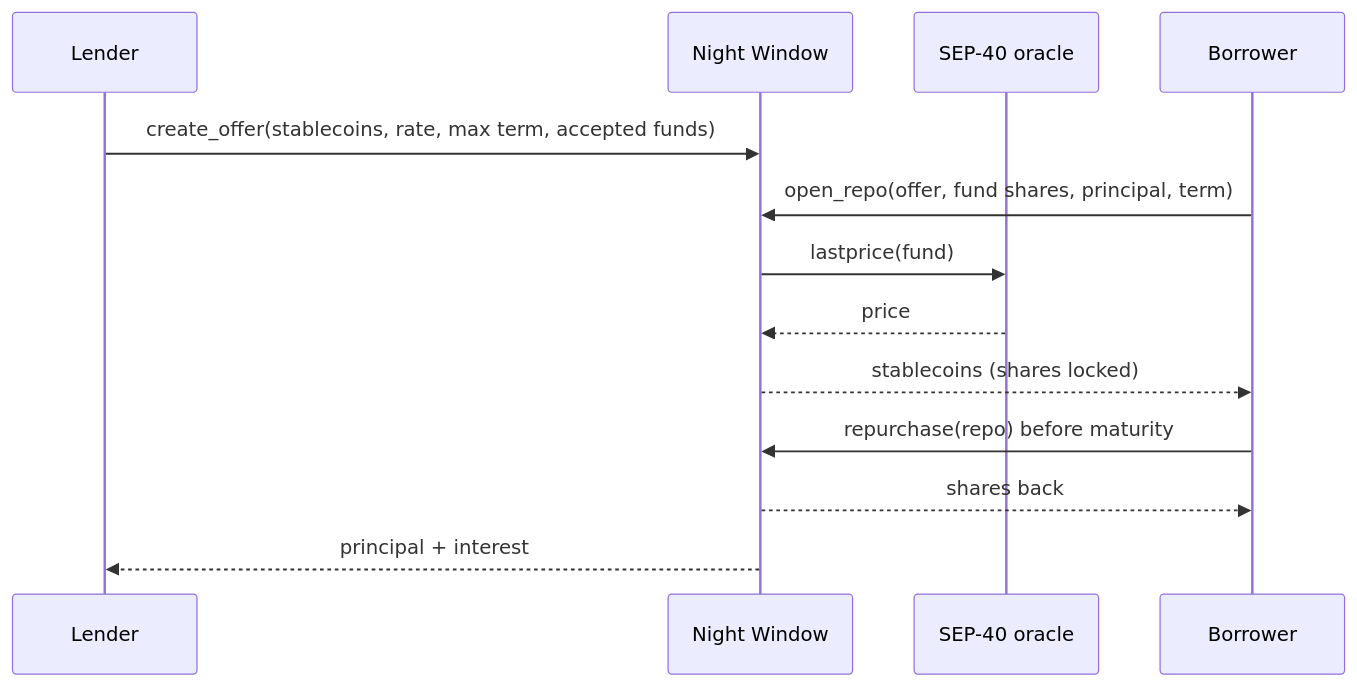
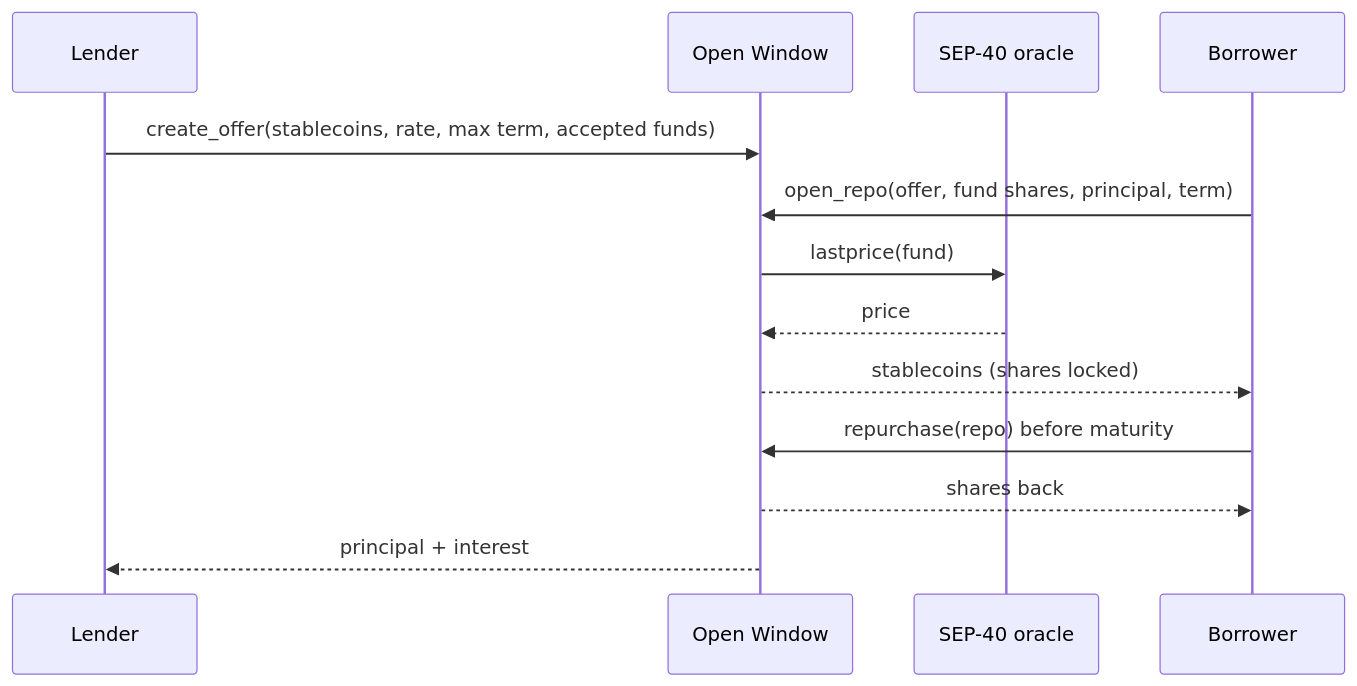
The diagram in README.md (EricLtx/hackmeridian-2026), drawn with Mermaid before and after one commit. The commit also changed other lines of this file and 6 other files, not shown here.

First line of the commit message:
Rename the product to Open Window and note the per-transaction footprint

````diff
--- a/README.md
+++ b/README.md
@@ -29,15 +29,15 @@
 ```mermaid
 sequenceDiagram
     participant L as Lender
-    participant C as Night Window
+    participant C as Open Window
     participant O as SEP-40 oracle
     participant B as Borrower
     L->>C: create_offer(stablecoins, rate, max term, accepted funds)
     B->>C: open_repo(offer, fund shares, principal, term)
     C->>O: lastprice(fund)
     O-->>C: price
     C-->>B: stablecoins (shares locked)
     B->>C: repurchase(repo) before maturity
     C-->>B: shares back
     C-->>L: principal + interest
 ```
````
